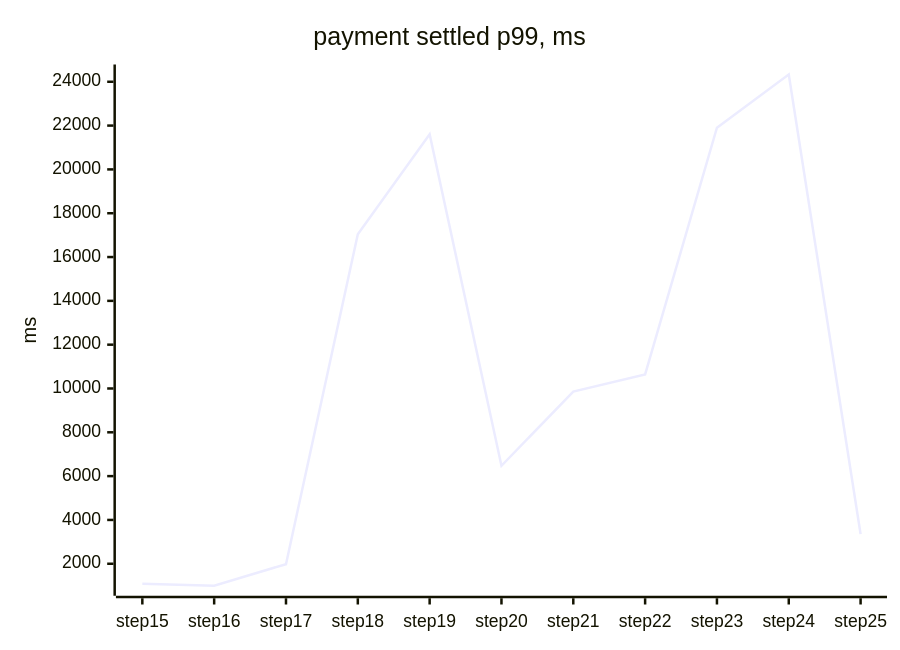
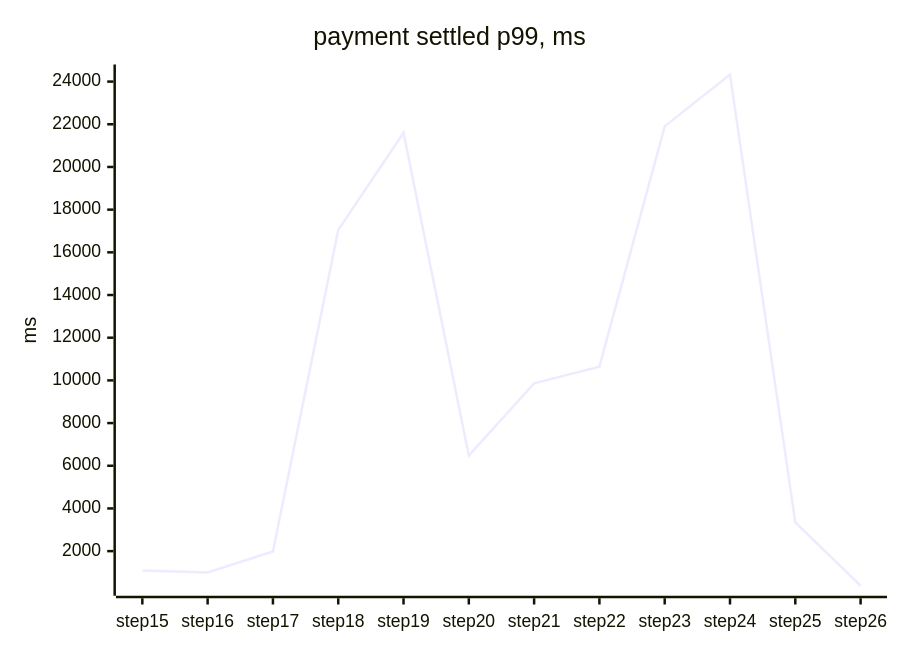
One commit to tanvoid0/ledgerflow changed the fourth of 4 diagrams in docs/perf/README.md. Above: the diagram before and after it, drawn with Mermaid. The commit also changed other lines of this file and 14 other files, not shown here.

````diff
--- a/docs/perf/README.md
+++ b/docs/perf/README.md
@@ -111,7 +114,7 @@
 ```mermaid
 xychart-beta
     title "payment settled p99, ms"
-    x-axis ["step15", "step16", "step17", "step18", "step19", "step20", "step21", "step22", "step23", "step24", "step25"]
+    x-axis ["step15", "step16", "step17", "step18", "step19", "step20", "step21", "step22", "step23", "step24", "step25", "step26"]
     y-axis "ms"
-    line [1088, 996, 1982, 17042, 21606, 6472, 9862, 10643, 21902, 24332, 3351]
+    line [1088, 996, 1982, 17042, 21606, 6472, 9862, 10643, 21902, 24332, 3351, 378]
 ```
````
